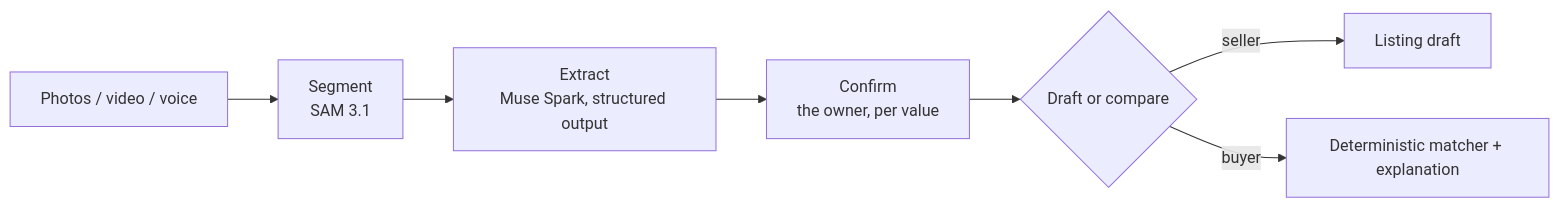
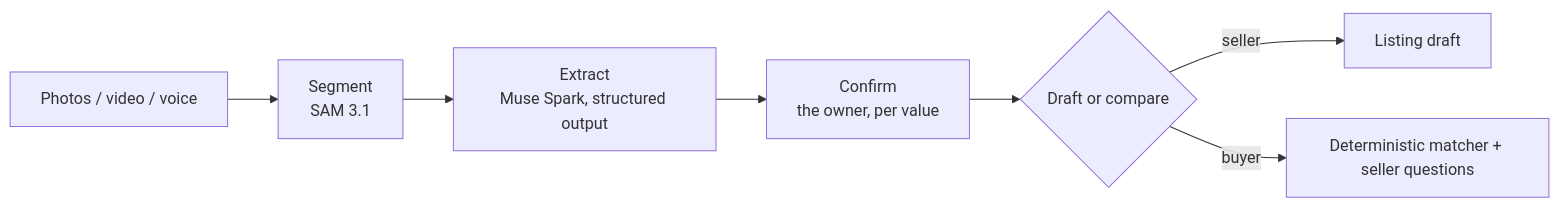
The diagram in docs/concepts/identification.md (nikolareljin/orphan-parts), drawn with Mermaid before and after one commit. The commit also changed other lines of this file and 59 other files, not shown here.

````diff
--- a/docs/concepts/identification.md
+++ b/docs/concepts/identification.md
@@ -5,9 +5,9 @@
 ```mermaid
 flowchart LR
     P[Photos / video / voice] --> S[Segment<br/>SAM 3.1]
     S --> E[Extract<br/>Muse Spark, structured output]
     E --> C[Confirm<br/>the owner, per value]
     C --> D{Draft or compare}
     D -->|seller| L[Listing draft]
-    D -->|buyer| M[Deterministic matcher + explanation]
+    D -->|buyer| M[Deterministic matcher + seller questions]
 ```
````
